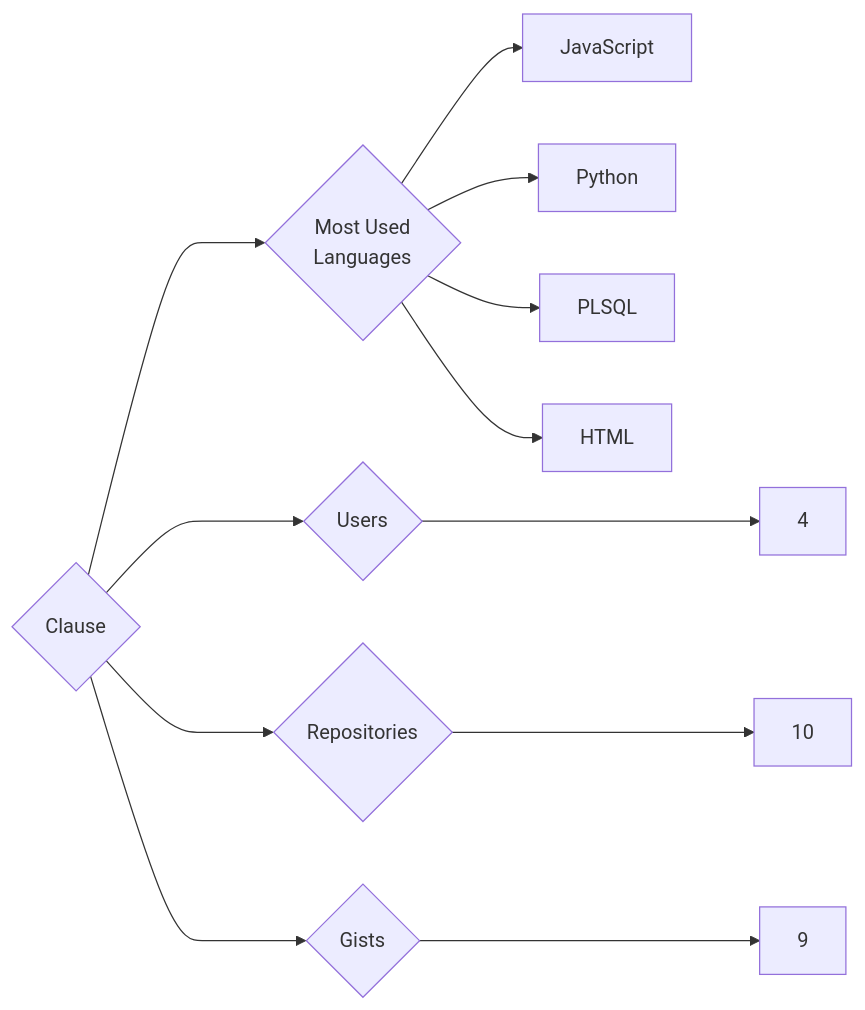
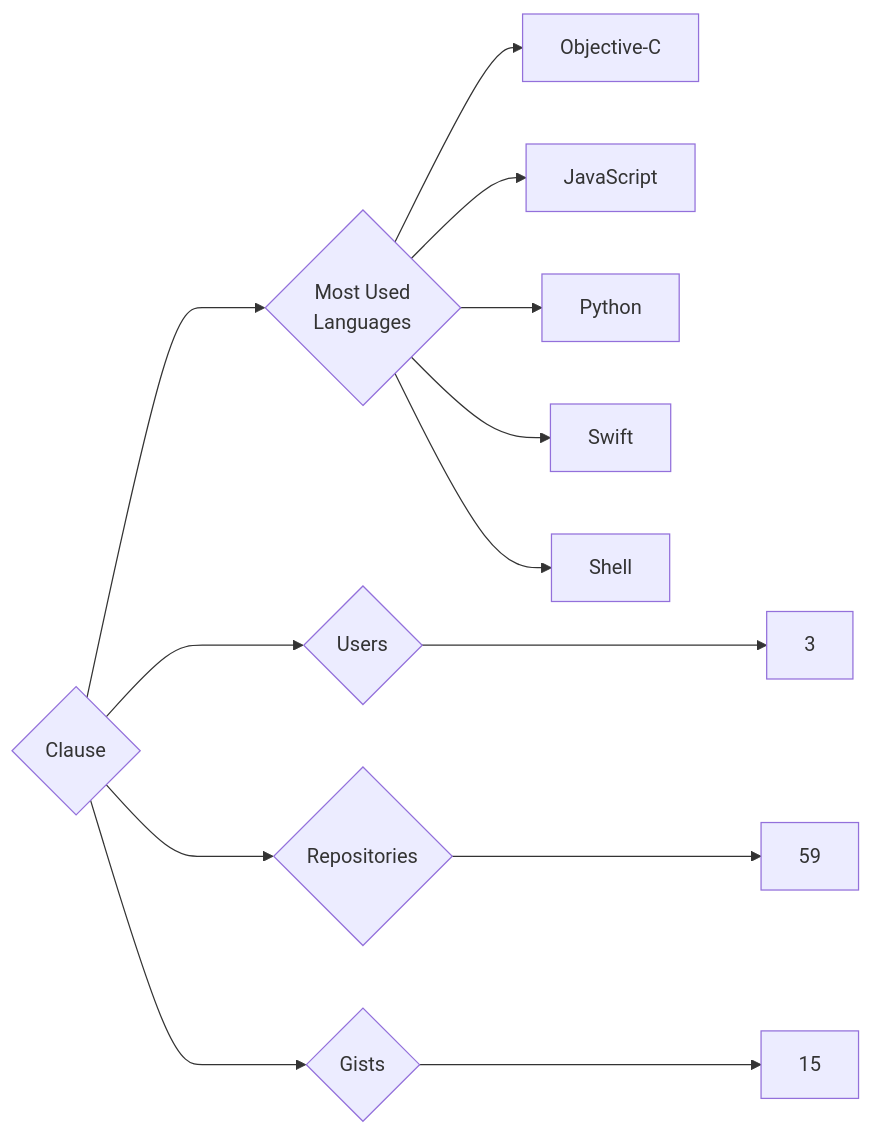
Before and after one commit to trickest/insiders: the diagram in targets/Clause/README.md, drawn with Mermaid. The commit also changed 1089 other files, not shown here.

````diff
--- a/targets/Clause/README.md
+++ b/targets/Clause/README.md
@@ -3,12 +3,13 @@
 ```mermaid
 graph LR
 COMPANY_NAME{Clause}
-COMPANY_NAME ---> U{Users} ---> UN[4]
-COMPANY_NAME ---> R{Repositories} ---> RN[10]
-COMPANY_NAME ---> G{Gists} ---> GN[9]
+COMPANY_NAME ---> U{Users} ---> UN[3]
+COMPANY_NAME ---> R{Repositories} ---> RN[59]
+COMPANY_NAME ---> G{Gists} ---> GN[15]
 COMPANY_NAME ---> ML{Most Used<br>Languages}
+ML --> Objective-C[Objective-C]
 ML --> JavaScript[JavaScript]
 ML --> Python[Python]
-ML --> PLSQL[PLSQL]
-ML --> HTML[HTML]
+ML --> Swift[Swift]
+ML --> Shell[Shell]
 ```
````
